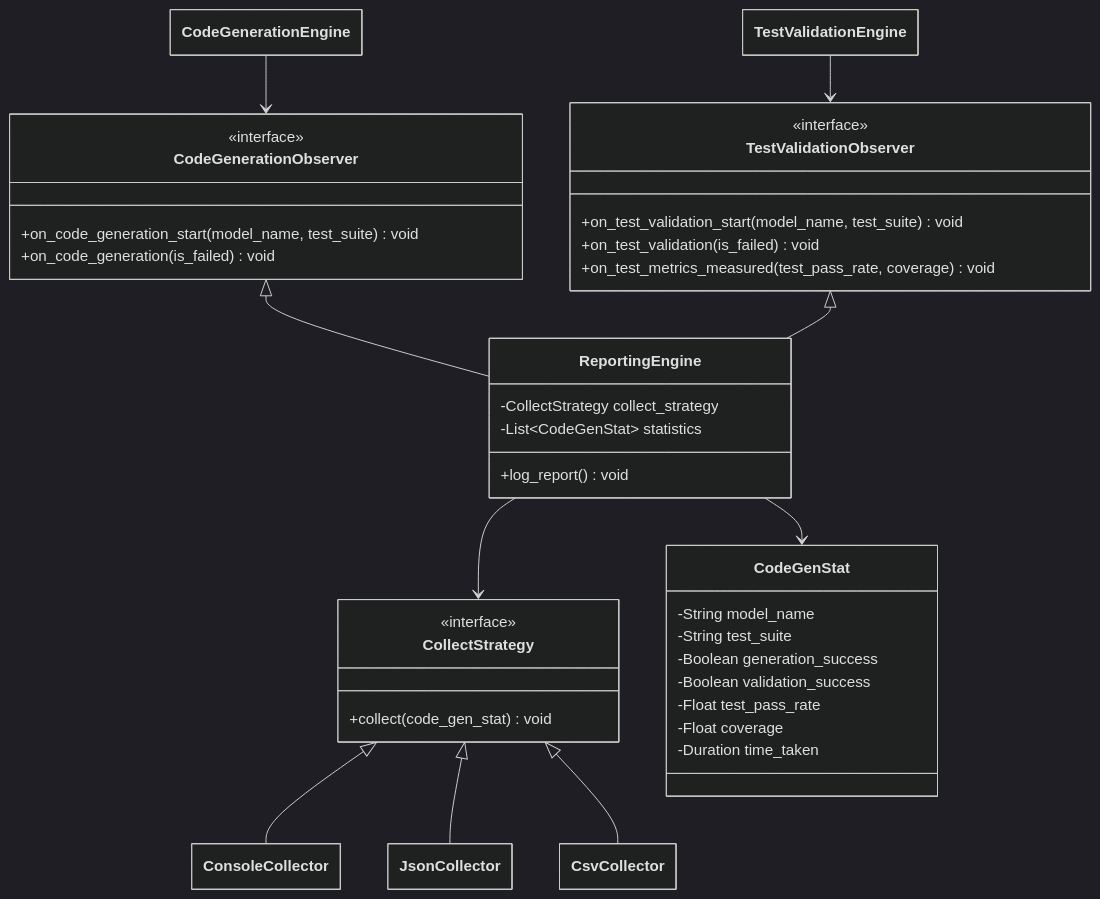
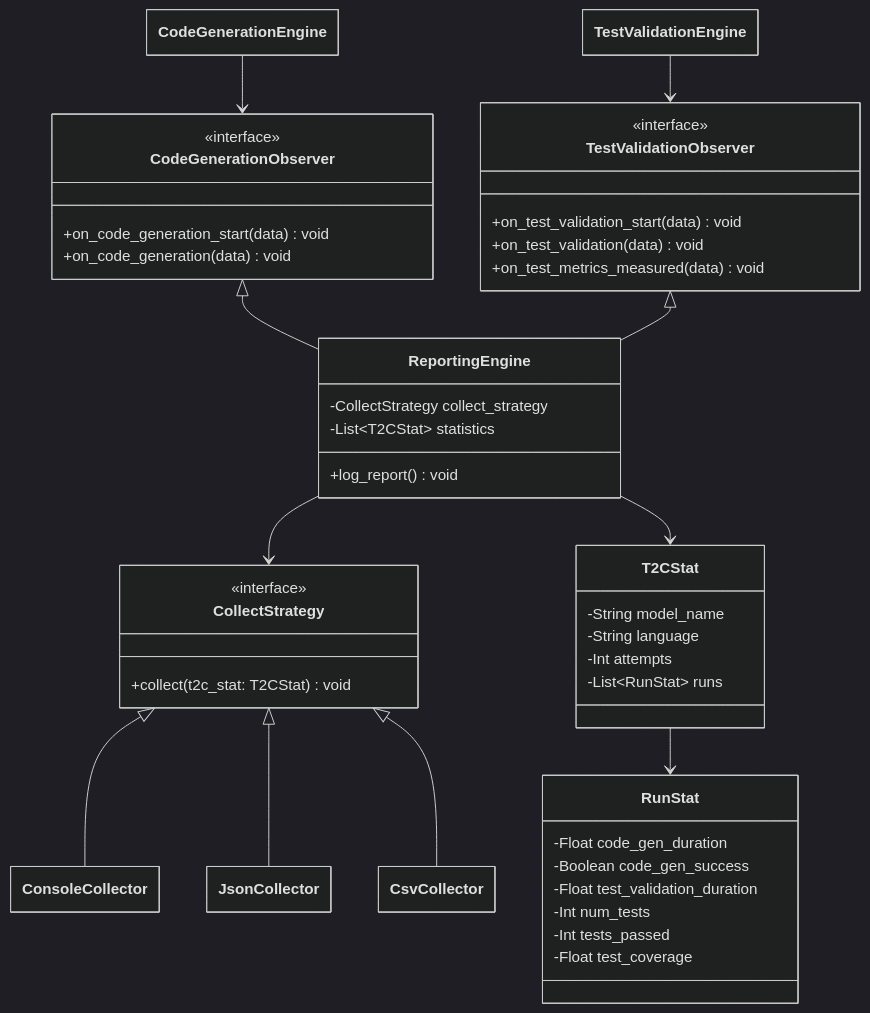
The seventh of 7 diagrams in docs/design.md (FilippoGurioli/test-2-code-llm), drawn with Mermaid (dark theme) before and after one commit. The commit also changed 7 other files, not shown here.

Commit message:
fix: correct code gen stat gathered infos

````diff
--- a/docs/design.md
+++ b/docs/design.md
@@ -253,51 +253,58 @@
 ```mermaid
 ---
   config:
     class:
       hideEmptyMembersBox: true
 ---
 classDiagram
     class ReportingEngine {
         -CollectStrategy collect_strategy
-        -List~CodeGenStat~ statistics
+        -List~T2CStat~ statistics
         +log_report() void
     }
 
     class CodeGenerationObserver {
         <<interface>>
-        +on_code_generation_start(model_name, test_suite) void
-        +on_code_generation(is_failed) void
+        +on_code_generation_start(data) void
+        +on_code_generation(data) void
     }
 
     class TestValidationObserver {
         <<interface>>
-        +on_test_validation_start(model_name, test_suite) void
-        +on_test_validation(is_failed) void
-        +on_test_metrics_measured(test_pass_rate, coverage) void
+        +on_test_validation_start(data) void
+        +on_test_validation(data) void
+        +on_test_metrics_measured(data) void
     }
 
     class CollectStrategy {
         <<interface>>
-        +collect(code_gen_stat) void
+        +collect(t2c_stat: T2CStat) void
     }
 
-    class CodeGenStat {
+    class T2CStat {
         -String model_name
-        -String test_suite
-        -Boolean generation_success
-        -Boolean validation_success
-        -Float test_pass_rate
-        -Float coverage
-        -Duration time_taken
+        -String language
+        -Int attempts
+        -List~RunStat~ runs
+    }
+
+    class RunStat {
+        -Float code_gen_duration
+        -Boolean code_gen_success
+        -Float test_validation_duration
+        -Int num_tests
+        -Int tests_passed
+        -Float test_coverage
     }
 
     CodeGenerationEngine --> CodeGenerationObserver
     TestValidationEngine --> TestValidationObserver
     CodeGenerationObserver <|-- ReportingEngine
     TestValidationObserver <|-- ReportingEngine
     ReportingEngine --> CollectStrategy
-    ReportingEngine --> CodeGenStat
+    ReportingEngine --> T2CStat
+    T2CStat --> RunStat
     CollectStrategy <|-- ConsoleCollector
     CollectStrategy <|-- JsonCollector
     CollectStrategy <|-- CsvCollector
 ```
````
